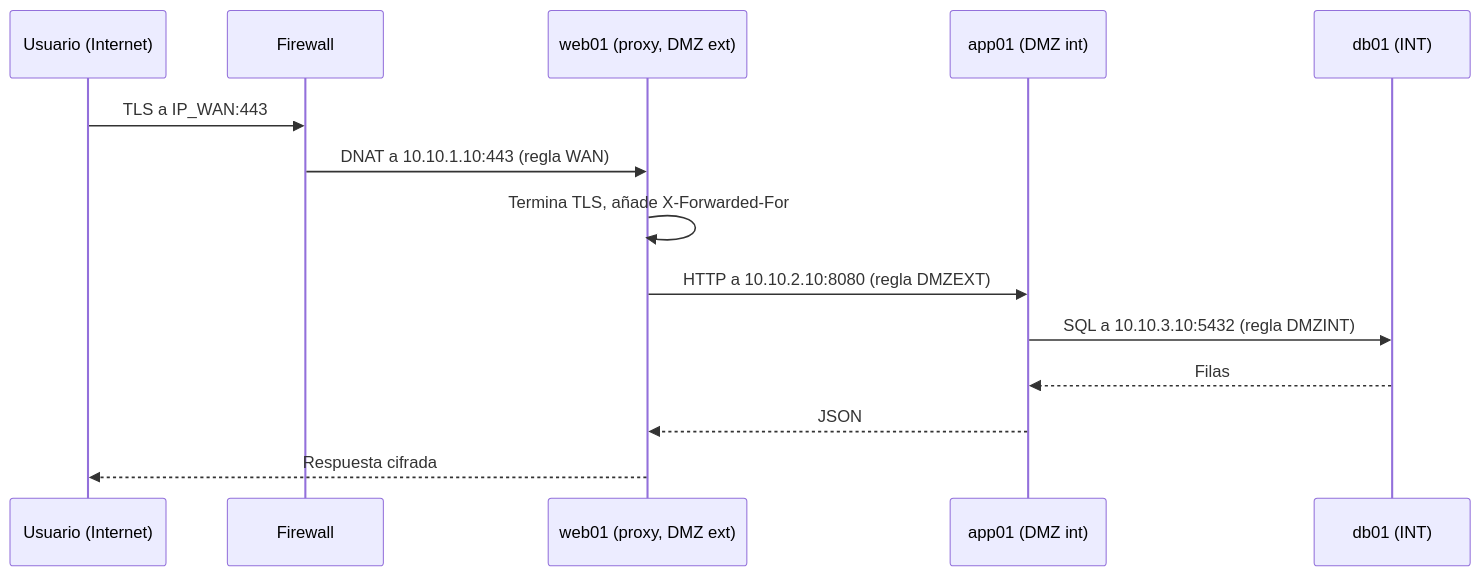
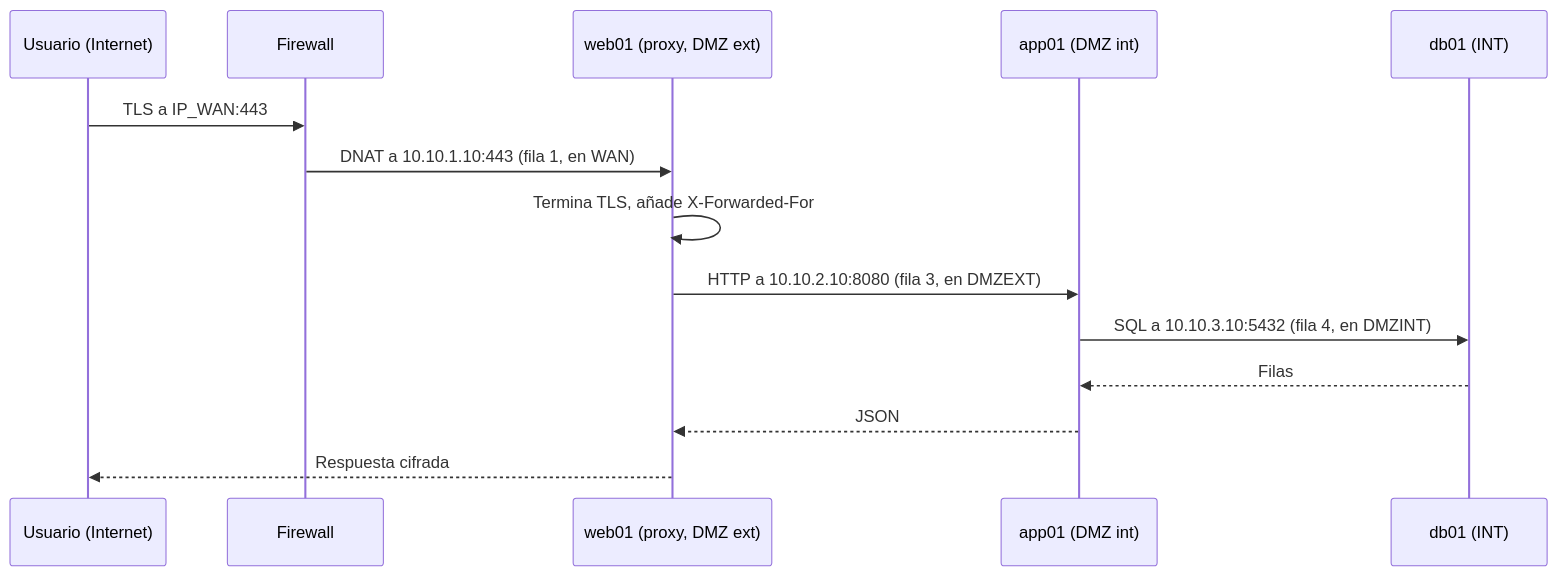
Before and after one commit to victor-educ/apuntes-5166: the fifth of 5 diagrams in docs/ut/ut3-seguridad-por-capas.md, drawn with Mermaid. The commit also changed other lines of this file and 10 other files, not shown here.

````diff
--- a/docs/ut/ut3-seguridad-por-capas.md
+++ b/docs/ut/ut3-seguridad-por-capas.md
@@ -476,16 +547,16 @@
 ```mermaid
 sequenceDiagram
     participant U as Usuario (Internet)
     participant FW as Firewall
     participant P as web01 (proxy, DMZ ext)
     participant A as app01 (DMZ int)
     participant D as db01 (INT)
     U->>FW: TLS a IP_WAN:443
-    FW->>P: DNAT a 10.10.1.10:443 (regla WAN)
+    FW->>P: DNAT a 10.10.1.10:443 (fila 1, en WAN)
     P->>P: Termina TLS, añade X-Forwarded-For
-    P->>A: HTTP a 10.10.2.10:8080 (regla DMZEXT)
-    A->>D: SQL a 10.10.3.10:5432 (regla DMZINT)
+    P->>A: HTTP a 10.10.2.10:8080 (fila 3, en DMZEXT)
+    A->>D: SQL a 10.10.3.10:5432 (fila 4, en DMZINT)
     D-->>A: Filas
     A-->>P: JSON
     P-->>U: Respuesta cifrada
 ```
````
